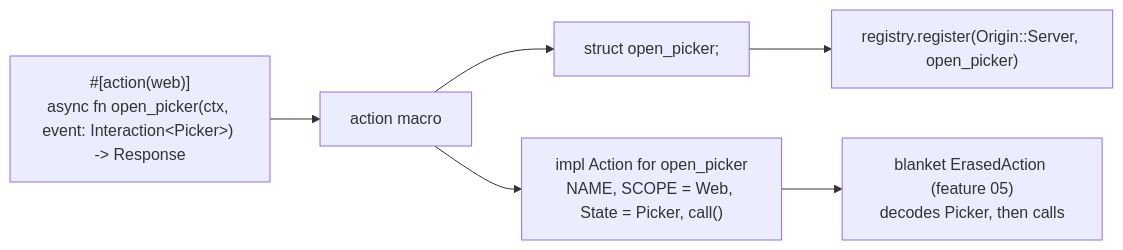
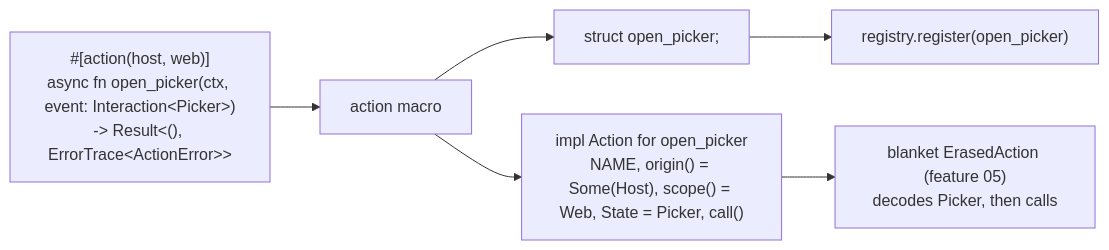
The diagram in specifications/69-foundation-ui-v2/features/06-action-macro/feature.md (ewe-studios/ewe_platform), drawn with Mermaid before and after one commit. The commit also changed other lines of this file and 21 other files, not shown here.

````diff
--- a/specifications/69-foundation-ui-v2/features/06-action-macro/feature.md
+++ b/specifications/69-foundation-ui-v2/features/06-action-macro/feature.md
@@ -173,8 +204,8 @@
 ```mermaid
 flowchart LR
-    F["#[action(web)]<br/>async fn open_picker(ctx, event: Interaction&lt;Picker&gt;) -> Response"] --> M["action macro"]
+    F["#[action(host, web)]<br/>async fn open_picker(ctx, event: Interaction&lt;Picker&gt;)<br/>-&gt; Result&lt;(), ErrorTrace&lt;ActionError&gt;&gt;"] --> M["action macro"]
     M --> S["struct open_picker;"]
-    M --> I["impl Action for open_picker<br/>NAME, SCOPE = Web, State = Picker, call()"]
+    M --> I["impl Action for open_picker<br/>NAME, origin() = Some(Host), scope() = Web, State = Picker, call()"]
     I --> B["blanket ErasedAction (feature 05)<br/>decodes Picker, then calls"]
-    S --> R["registry.register(Origin::Server, open_picker)"]
+    S --> R["registry.register(open_picker)"]
 ```
````
